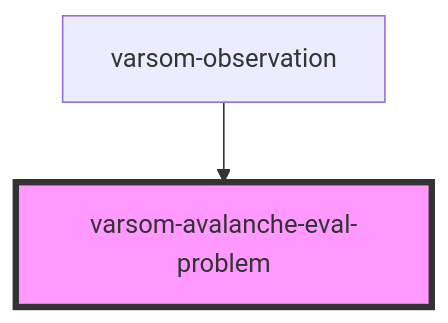
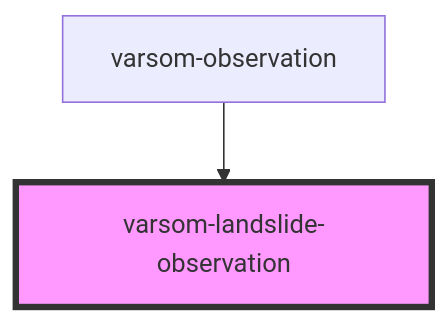
The diagram in observasjonskort/src/components/varsom-landslide-observation/readme.md (NVE/varsom-observation), drawn with Mermaid before and after one commit. The commit also changed other lines of this file and 27 other files, not shown here.

````diff
--- a/observasjonskort/src/components/varsom-landslide-observation/readme.md
+++ b/observasjonskort/src/components/varsom-landslide-observation/readme.md
@@ -40,5 +44,5 @@
 ```mermaid
 graph TD;
-  varsom-observation --> varsom-avalanche-eval-problem
-  style varsom-avalanche-eval-problem fill:#f9f,stroke:#333,stroke-width:4px
+  varsom-observation --> varsom-landslide-observation
+  style varsom-landslide-observation fill:#f9f,stroke:#333,stroke-width:4px
 ```
````
